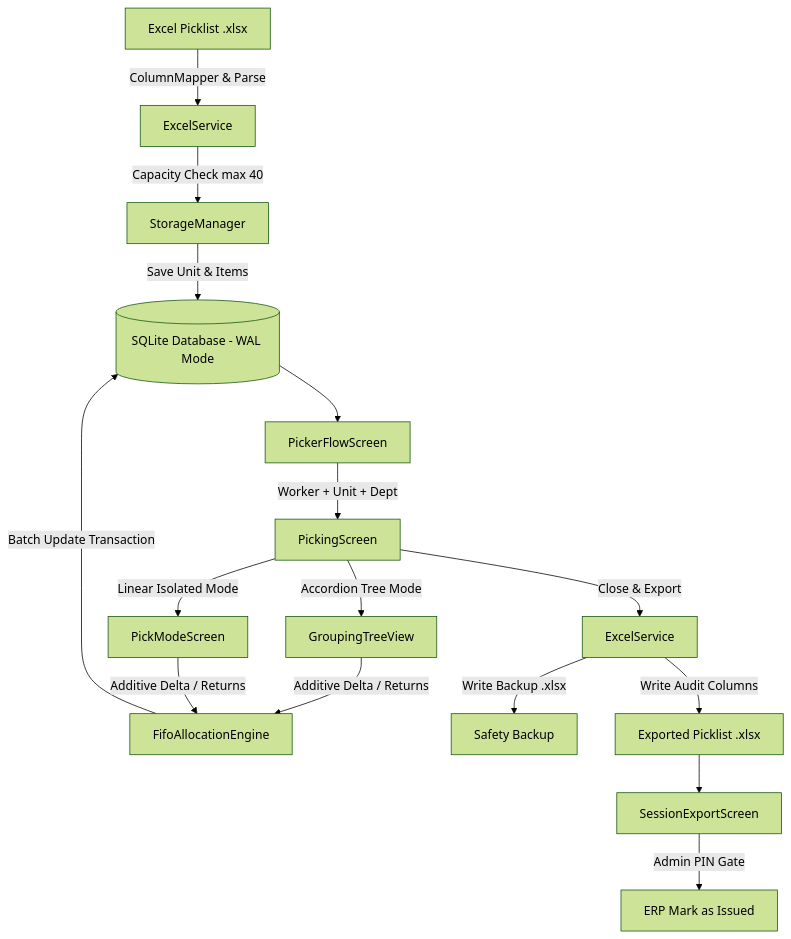
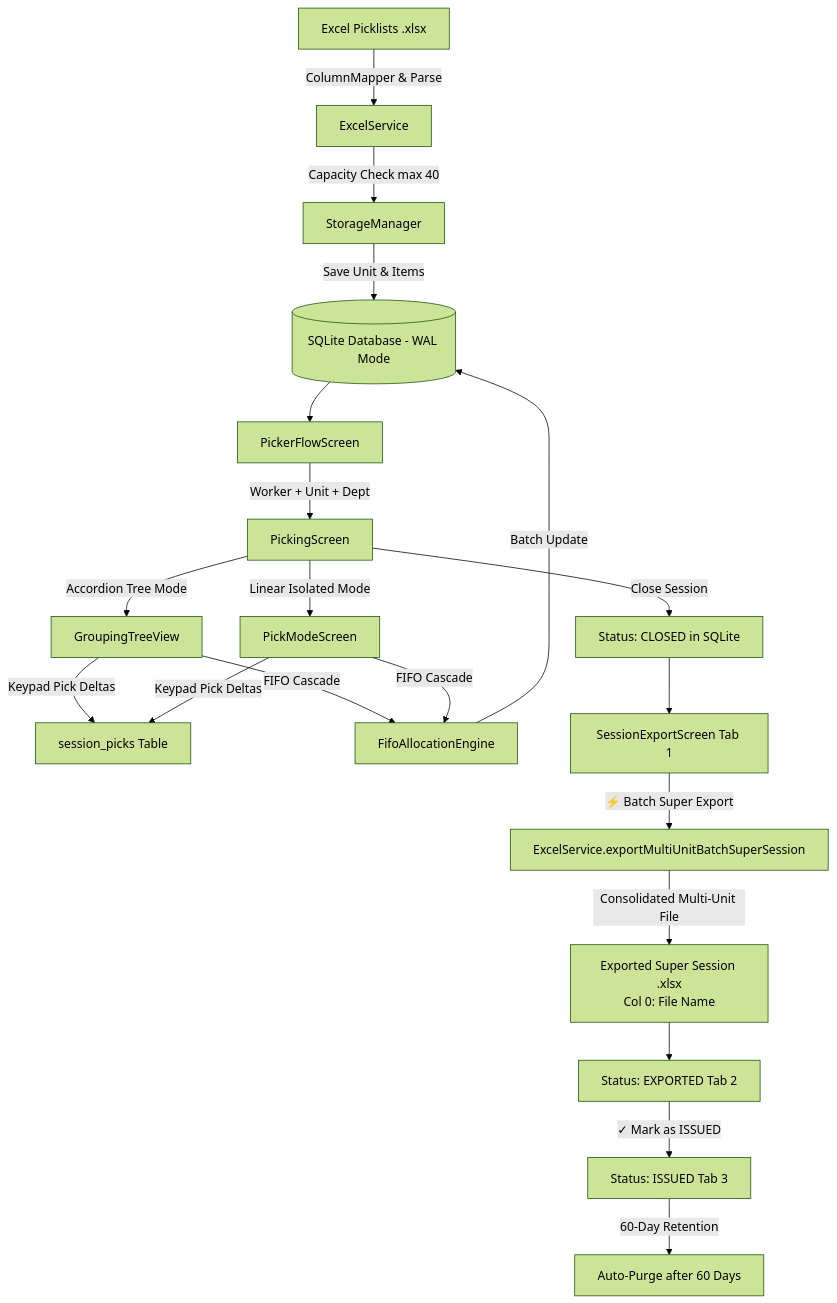
One commit to Deltores/Warehouse-picking-tracker changed the diagram in README.md. Above: the diagram before and after it, drawn with Mermaid (forest theme). The commit also changed other lines of this file, not shown here.

Commit message:
docs: Update README with multi-unit Super Sessions, unit recovery, File Name column & 60-day retention

````diff
--- a/README.md
+++ b/README.md
@@ -131,21 +151,26 @@
 ```mermaid
 flowchart TD
-    A[Excel Picklist .xlsx] -->|ColumnMapper & Parse| B[ExcelService]
+    A[Excel Picklists .xlsx] -->|ColumnMapper & Parse| B[ExcelService]
     B -->|Capacity Check max 40| C[StorageManager]
     C -->|Save Unit & Items| D[(SQLite Database - WAL Mode)]
     
     D --> E[PickerFlowScreen]
     E -->|Worker + Unit + Dept| F[PickingScreen]
     
     F -->|Accordion Tree Mode| G[GroupingTreeView]
     F -->|Linear Isolated Mode| H[PickModeScreen]
     
-    G & H -->|Additive Delta / Returns| I[FifoAllocationEngine]
-    I -->|Batch Update Transaction| D
+    G & H -->|Keypad Pick Deltas| I[session_picks Table]
+    G & H -->|FIFO Cascade| J[FifoAllocationEngine]
+    J -->|Batch Update| D
     
-    F -->|Close & Export| J[ExcelService]
-    J -->|Write Backup .xlsx| K[Safety Backup]
-    J -->|Write Audit Columns| L[Exported Picklist .xlsx]
-    L --> M[SessionExportScreen]
-    M -->|Admin PIN Gate| N[ERP Mark as Issued]
+    F -->|Close Session| K[Status: CLOSED in SQLite]
+    K --> L[SessionExportScreen Tab 1]
+    
+    L -->|⚡ Batch Super Export| M[ExcelService.exportMultiUnitBatchSuperSession]
+    M -->|Consolidated Multi-Unit File| N[Exported Super Session .xlsx<br/>Col 0: File Name]
+    N --> O[Status: EXPORTED Tab 2]
+    
+    O -->|✓ Mark as ISSUED| P[Status: ISSUED Tab 3]
+    P -->|60-Day Retention| Q[Auto-Purge after 60 Days]
 ```
````
